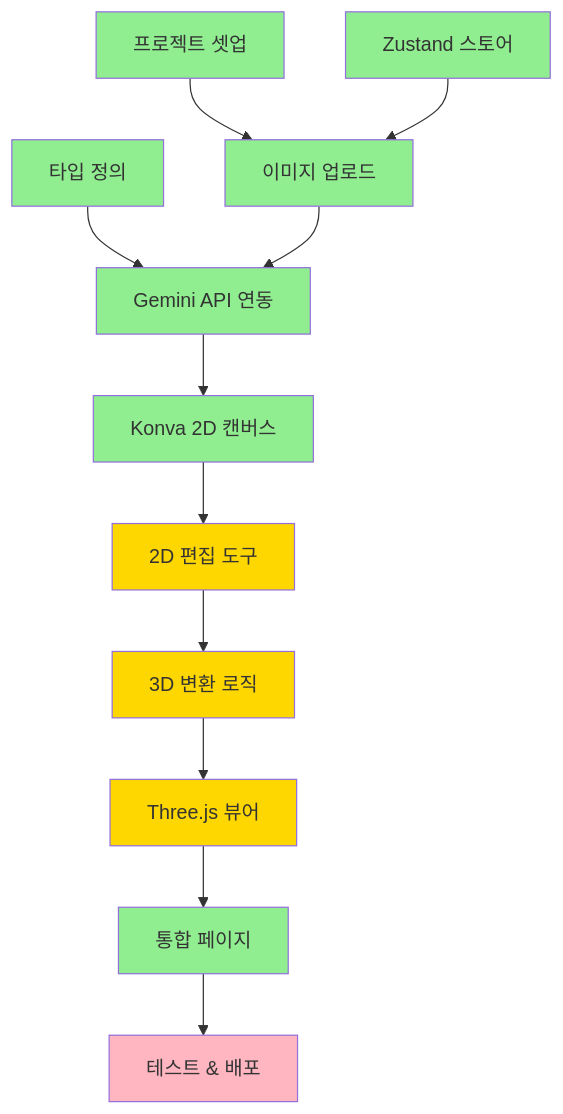
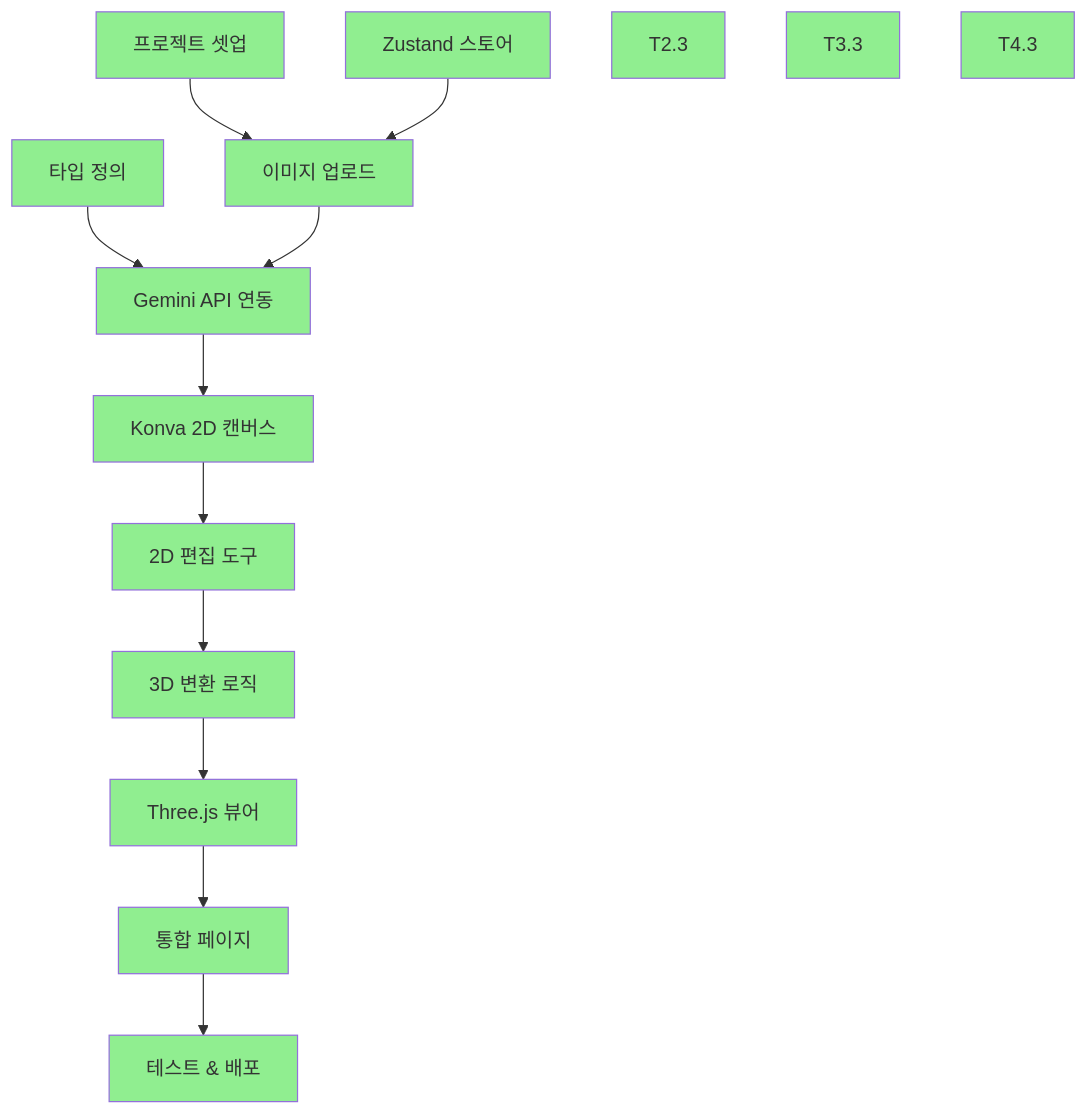
One commit to leecg39/Space_moduler changed the diagram in docs/planning/06-tasks.md. Above: the diagram before and after it, drawn with Mermaid. The commit also changed other lines of this file, not shown here.

````diff
--- a/docs/planning/06-tasks.md
+++ b/docs/planning/06-tasks.md
@@ -60,25 +60,28 @@
 ```mermaid
 flowchart TD
     T0.1[프로젝트 셋업] --> T1.1[이미지 업로드]
     T0.2[타입 정의] --> T1.2[Gemini API 연동]
     T0.3[Zustand 스토어] --> T1.1
     T1.1 --> T1.2
     T1.2 --> T2.1[Konva 2D 캔버스]
     T2.1 --> T2.2[2D 편집 도구]
     T2.2 --> T3.1[3D 변환 로직]
     T3.1 --> T3.2[Three.js 뷰어]
     T3.2 --> T4.1[통합 페이지]
     T4.1 --> T4.2[테스트 & 배포]
 
     style T0.1 fill:#90EE90
     style T0.2 fill:#90EE90
     style T0.3 fill:#90EE90
     style T1.1 fill:#90EE90
     style T1.2 fill:#90EE90
     style T2.1 fill:#90EE90
-    style T2.2 fill:#FFD700
-    style T3.1 fill:#FFD700
-    style T3.2 fill:#FFD700
+    style T2.2 fill:#90EE90
+    style T2.3 fill:#90EE90
+    style T3.1 fill:#90EE90
+    style T3.2 fill:#90EE90
+    style T3.3 fill:#90EE90
     style T4.1 fill:#90EE90
-    style T4.2 fill:#FFB6C1
+    style T4.2 fill:#90EE90
+    style T4.3 fill:#90EE90
 ```
````
